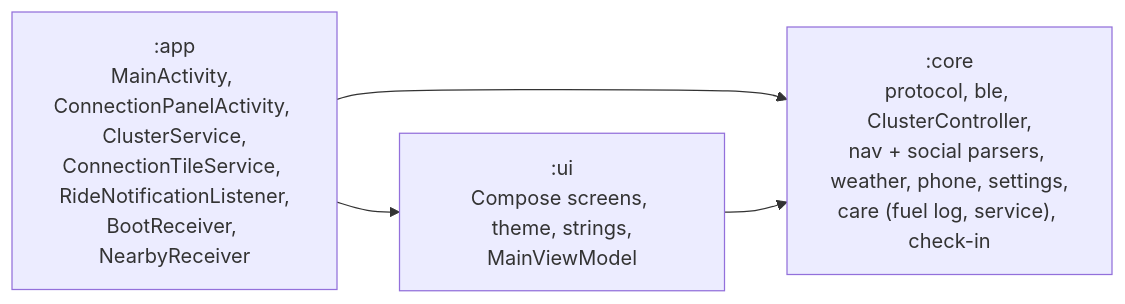
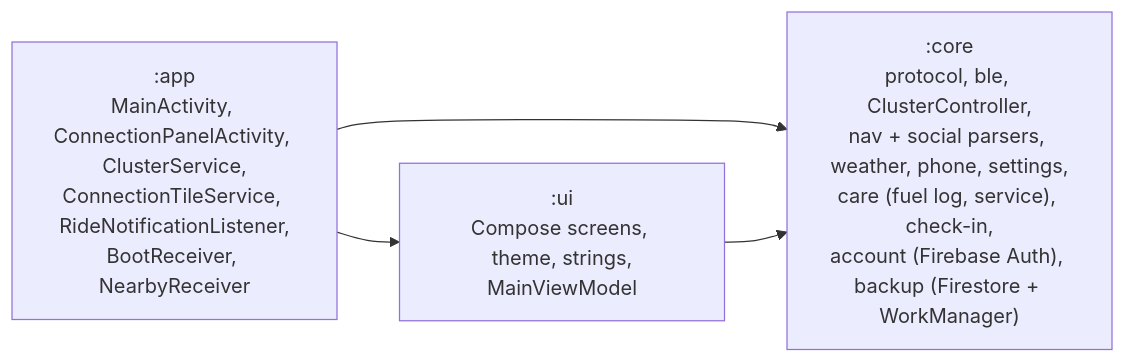
Before and after one commit to aiyu-ayaan/RideLink: the first of 6 diagrams in development/docs/ARCHITECTURE.md, drawn with Mermaid. The commit also changed other lines of this file and 9 other files, not shown here.

````diff
--- a/development/docs/ARCHITECTURE.md
+++ b/development/docs/ARCHITECTURE.md
@@ -5,9 +5,9 @@
 ```mermaid
 graph LR
     app[":app<br/>MainActivity, ConnectionPanelActivity, ClusterService,<br/>ConnectionTileService, RideNotificationListener,<br/>BootReceiver, NearbyReceiver"]
     ui[":ui<br/>Compose screens, theme, strings,<br/>MainViewModel"]
-    core[":core<br/>protocol, ble, ClusterController,<br/>nav + social parsers, weather, phone, settings,<br/>care (fuel log, service), check-in"]
+    core[":core<br/>protocol, ble, ClusterController,<br/>nav + social parsers, weather, phone, settings,<br/>care (fuel log, service), check-in,<br/>account (Firebase Auth), backup (Firestore + WorkManager)"]
     app --> ui
     app --> core
     ui --> core
 ```
````
